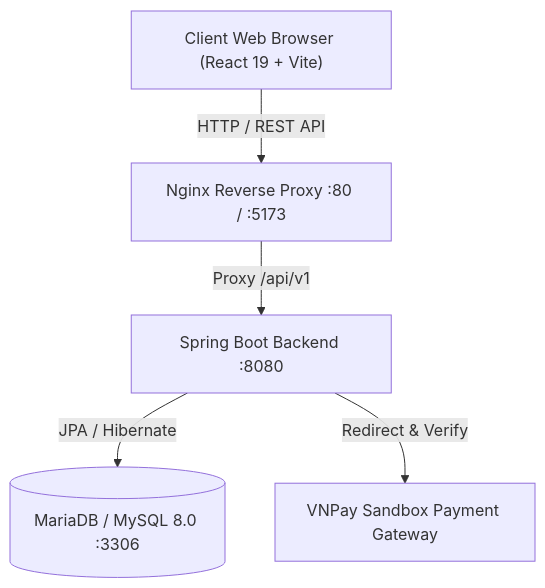
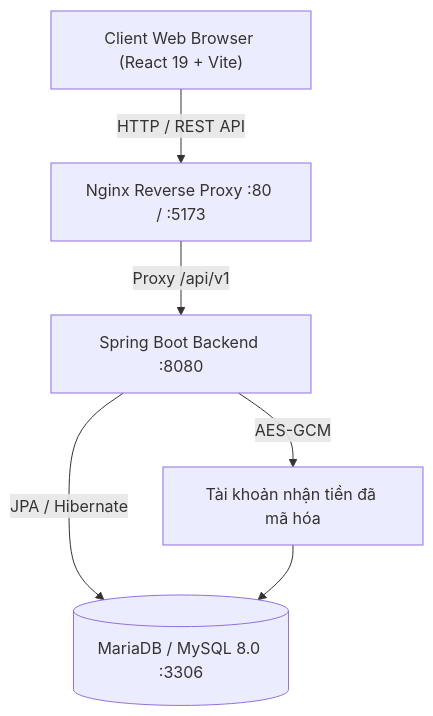
Before and after one commit to hoangganhh05/delivery-management-backend: the diagram in TECHNICAL_DOCS.md, drawn with Mermaid. The commit also changed other lines of this file and 45 other files, not shown here.

Commit message:
feat: harden production flows and add secure payout accounts

````diff
--- a/TECHNICAL_DOCS.md
+++ b/TECHNICAL_DOCS.md
@@ -26,7 +26,8 @@
 ```mermaid
 graph TD
     Client["Client Web Browser (React 19 + Vite)"] -->|HTTP / REST API| Nginx["Nginx Reverse Proxy :80 / :5173"]
     Nginx -->|Proxy /api/v1| SpringBoot["Spring Boot Backend :8080"]
     SpringBoot -->|JPA / Hibernate| DB[("MariaDB / MySQL 8.0 :3306")]
-    SpringBoot -->|Redirect & Verify| VNPay["VNPay Sandbox Payment Gateway"]
+    SpringBoot -->|AES-GCM| Payout["Tài khoản nhận tiền đã mã hóa"]
+    Payout --> DB
 ```
````
